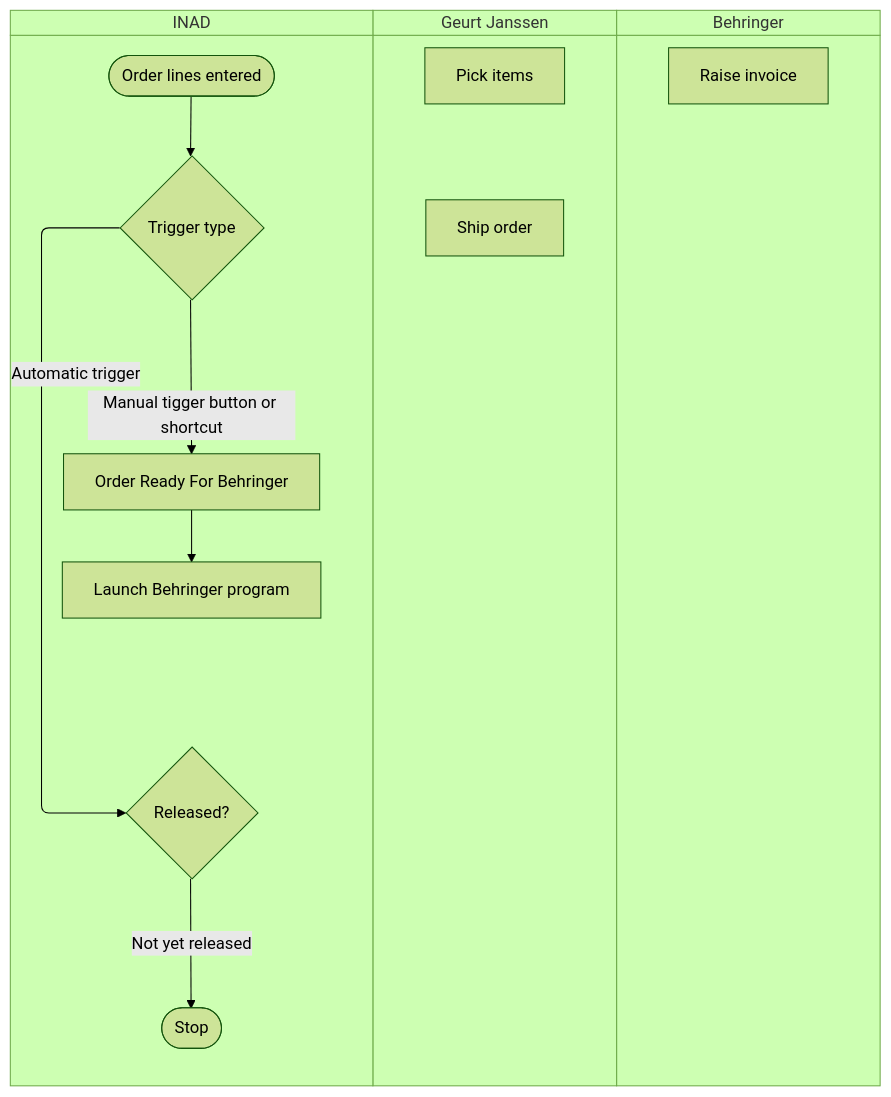
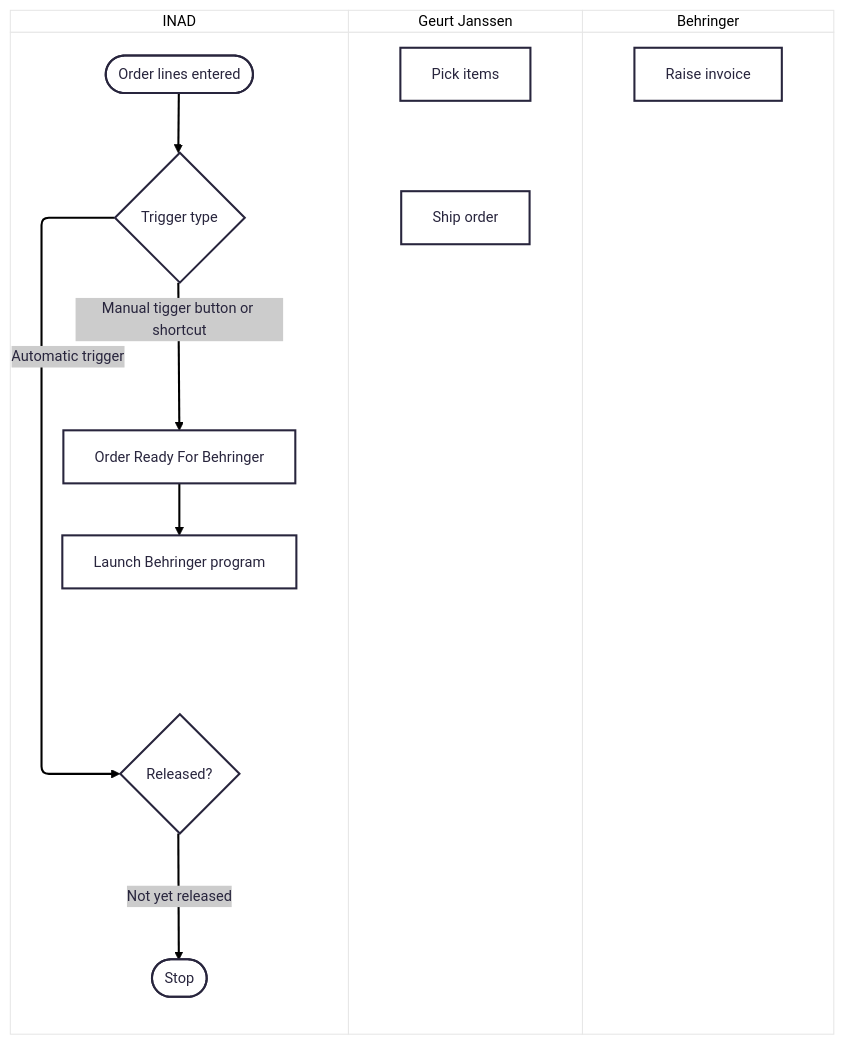
The diagram in README.md (tmloosbr/inadbehringer), drawn with Mermaid before and after one commit.

````diff
--- a/README.md
+++ b/README.md
@@ -3,31 +3,31 @@
 ```mermaid
 ---
 config:
-  theme: forest
+  theme: redux-color
   look: classic
 ---
 
 
 swimlane-beta TB
   subgraph INAD
     OrderLinesEntered([Order lines entered])
     TriggerType{Trigger type}
 Released{Released?}
 OrderReadyForBehringer[Order Ready For Behringer]
 LaunchBehringerProgram[Launch Behringer program]
 Stop([Stop])
   end
   subgraph Geurt Janssen
     Pick[Pick items]
     Ship[Ship order]
   end
   subgraph Behringer
     Invoice[Raise invoice]
   end
 OrderLinesEntered --> TriggerType
 TriggerType --> |Automatic trigger| Released
 TriggerType --> |Manual tigger button or shortcut| OrderReadyForBehringer
 Released --> |Not yet released| Stop 
 OrderReadyForBehringer --> LaunchBehringerProgram
 
 ```
````
